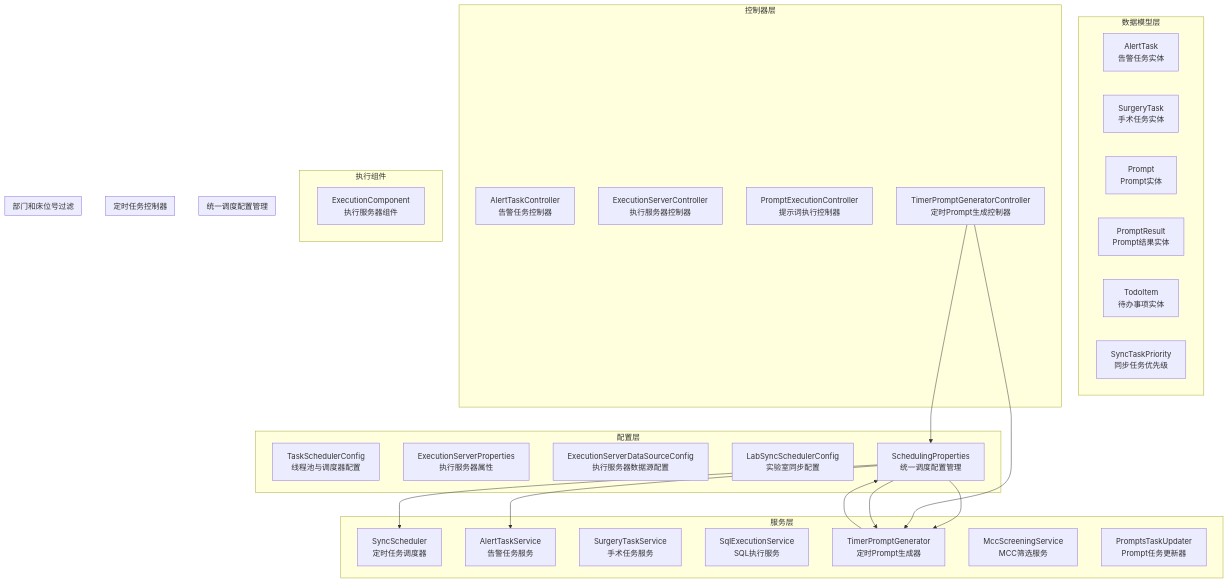
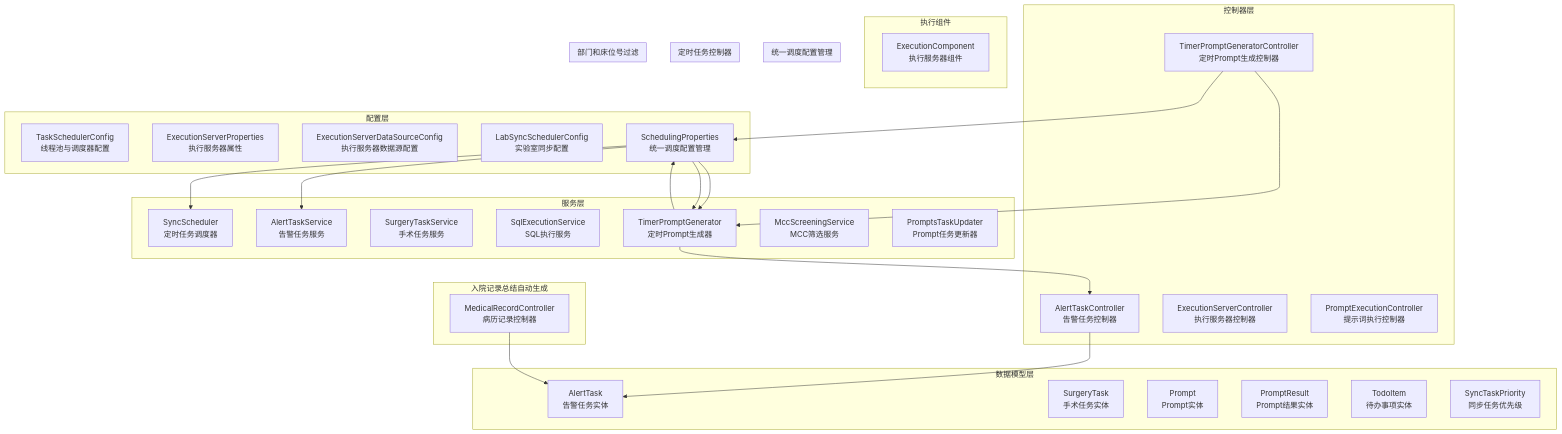
Before and after one commit to liuzh2008/med_ai_assistant_workspace: the first of 14 diagrams in .qoder/repowiki/zh/content/核心功能模块/任务调度系统.md, drawn with Mermaid. The commit also changed other lines of this file and 3 other files, not shown here.

````diff
--- a/.qoder/repowiki/zh/content/核心功能模块/任务调度系统.md
+++ b/.qoder/repowiki/zh/content/核心功能模块/任务调度系统.md
@@ -87,49 +94,55 @@
 ```mermaid
 graph TB
 subgraph "配置层"
 TSC["TaskSchedulerConfig<br/>线程池与调度器配置"]
 ESP["ExecutionServerProperties<br/>执行服务器属性"]
 ESDC["ExecutionServerDataSourceConfig<br/>执行服务器数据源配置"]
 LSSC["LabSyncSchedulerConfig<br/>实验室同步配置"]
 SP["SchedulingProperties<br/>统一调度配置管理"]
 end
 subgraph "服务层"
 SS["SyncScheduler<br/>定时任务调度器"]
 ATS["AlertTaskService<br/>告警任务服务"]
 STS["SurgeryTaskService<br/>手术任务服务"]
 SQE["SqlExecutionService<br/>SQL执行服务"]
 TPG["TimerPromptGenerator<br/>定时Prompt生成器"]
 MSS["MccScreeningService<br/>MCC筛选服务"]
 PTU["PromptsTaskUpdater<br/>Prompt任务更新器"]
 end
 subgraph "数据模型层"
 AT["AlertTask<br/>告警任务实体"]
 ST["SurgeryTask<br/>手术任务实体"]
 PT["Prompt<br/>Prompt实体"]
 PR["PromptResult<br/>Prompt结果实体"]
 TI["TodoItem<br/>待办事项实体"]
 STP["SyncTaskPriority<br/>同步任务优先级"]
 end
 subgraph "控制器层"
 ATC["AlertTaskController<br/>告警任务控制器"]
 ESC["ExecutionServerController<br/>执行服务器控制器"]
 PEC["PromptExecutionController<br/>提示词执行控制器"]
 TPGC["TimerPromptGeneratorController<br/>定时Prompt生成控制器"]
 end
 subgraph "执行组件"
 EC["ExecutionComponent<br/>执行服务器组件"]
 end
 subgraph "统一调度配置管理"
 SP --> TPG
 SP --> SS
 SP --> ATS
 end
 subgraph "定时任务控制器"
 TPGC --> TPG
 TPGC --> SP
 end
 subgraph "部门和床位号过滤"
 SP --> TPG
 TPG --> SP
 end
+subgraph "入院记录总结自动生成"
+TPG --> ATC
+ATC --> AT
+MRC["MedicalRecordController<br/>病历记录控制器"]
+MRC --> AT
+end
 ```
````
